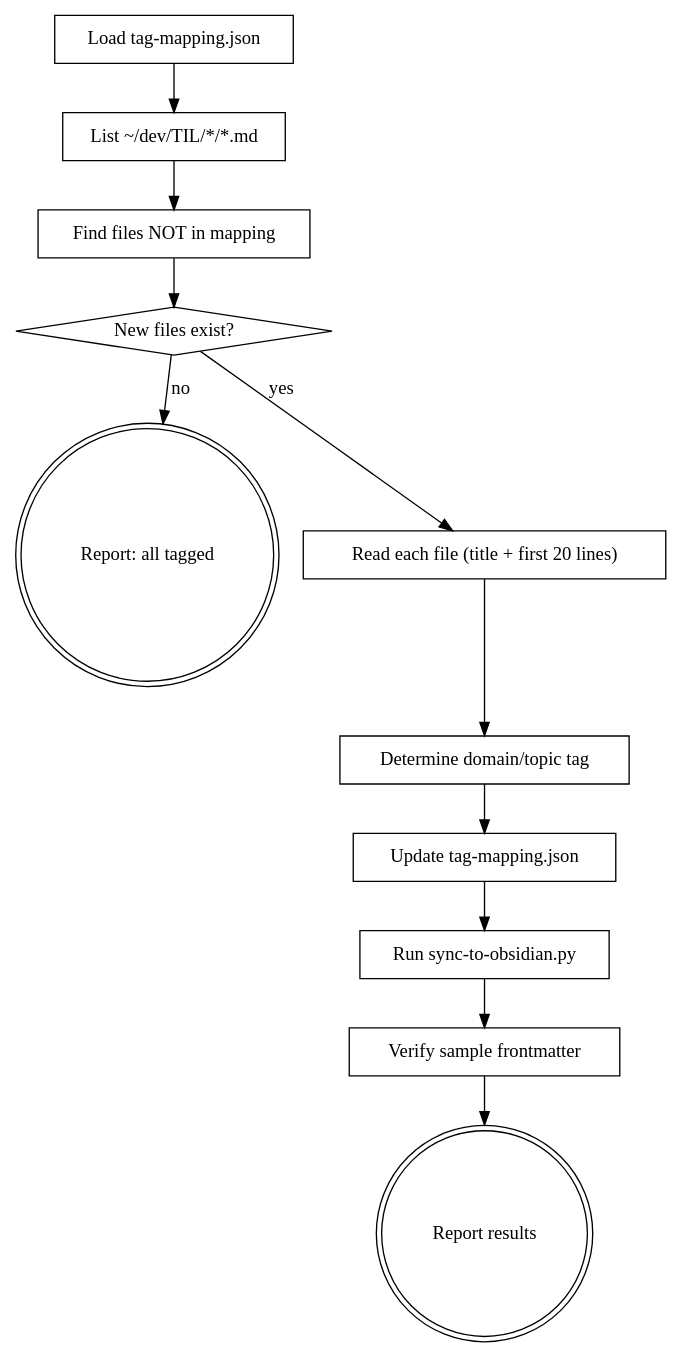
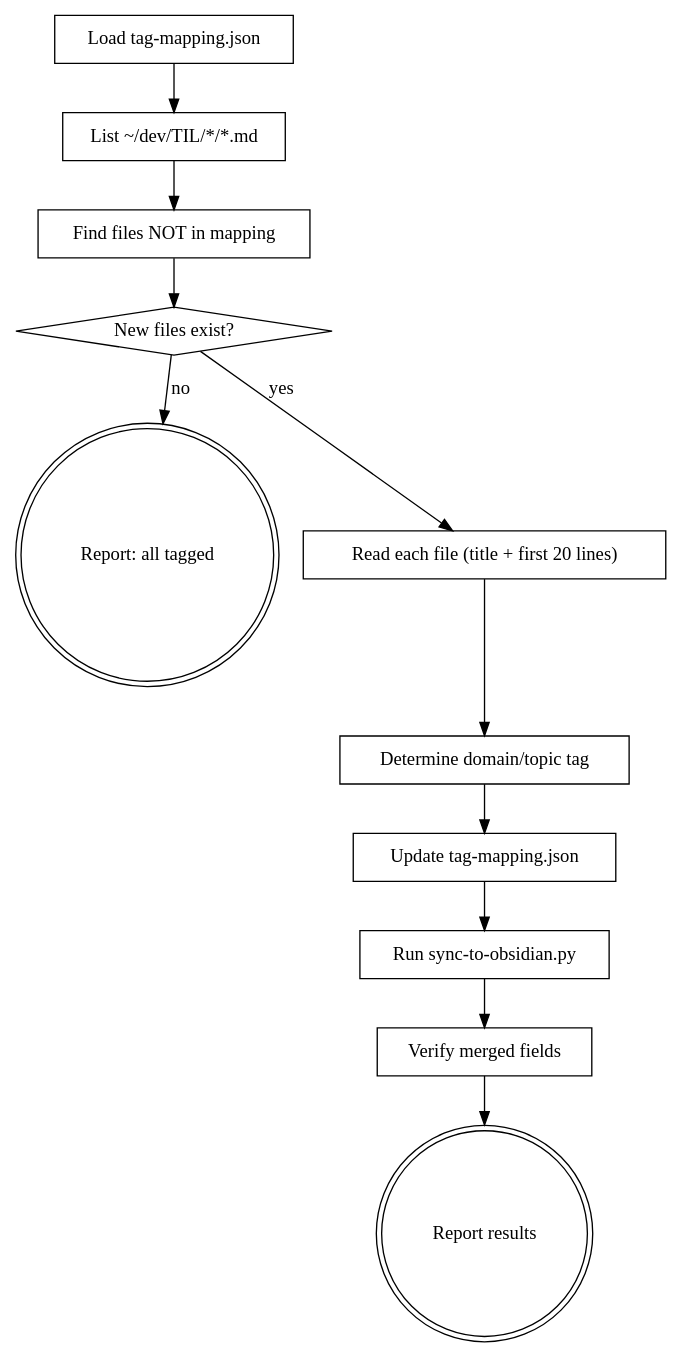
The diagram in .claude/skills/til-tagger/SKILL.md (sskim91/dotfiles), drawn with Graphviz before and after one commit. The commit also changed other lines of this file and 33 other files, not shown here.

````diff
--- a/.claude/skills/til-tagger/SKILL.md
+++ b/.claude/skills/til-tagger/SKILL.md
@@ -32,21 +35,21 @@
 ```dot
 digraph til_tagger {
     rankdir=TB;
     load [label="Load tag-mapping.json" shape=box];
     list [label="List ~/dev/TIL/*/*.md" shape=box];
     diff [label="Find files NOT in mapping" shape=box];
     check [label="New files exist?" shape=diamond];
     done_early [label="Report: all tagged" shape=doublecircle];
     read [label="Read each file (title + first 20 lines)" shape=box];
     classify [label="Determine domain/topic tag" shape=box];
     update [label="Update tag-mapping.json" shape=box];
     sync [label="Run sync-to-obsidian.py" shape=box];
-    verify [label="Verify sample frontmatter" shape=box];
+    verify [label="Verify merged fields" shape=box];
     done [label="Report results" shape=doublecircle];
 
     load -> list -> diff -> check;
     check -> done_early [label="no"];
     check -> read [label="yes"];
     read -> classify -> update -> sync -> verify -> done;
 }
 ```
````
